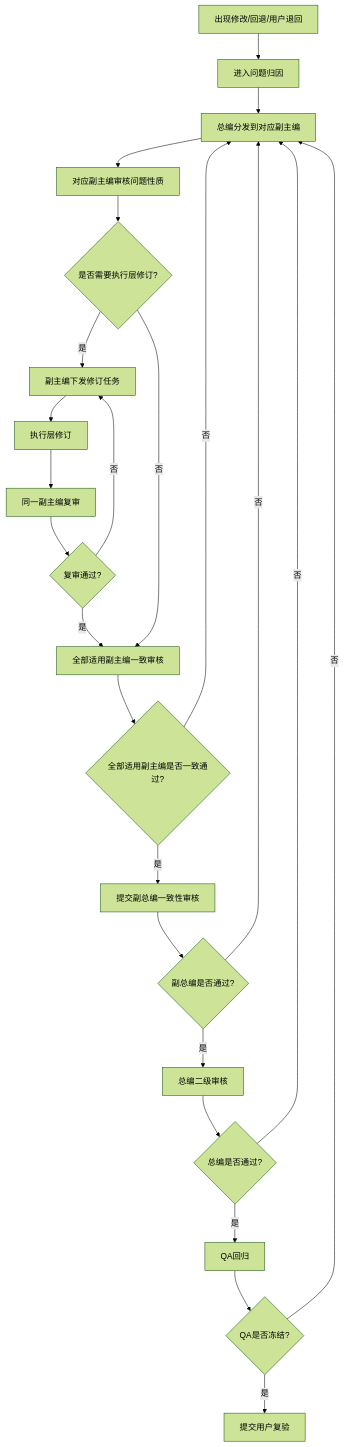
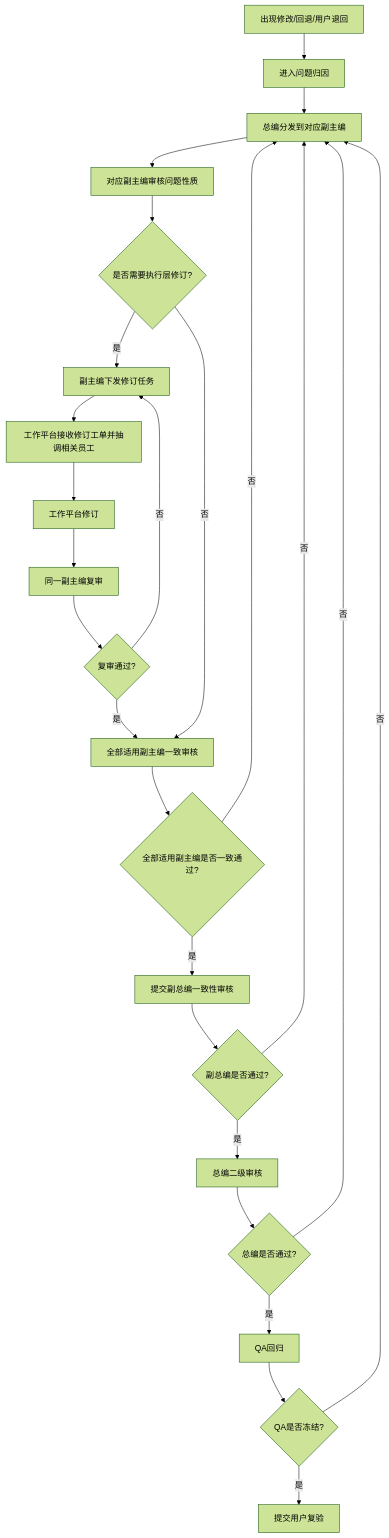
The second of 2 diagrams in references/19-approved-production-flow.md (AristoXin/presentation-system), drawn with Mermaid (forest theme) before and after one commit. The commit also changed other lines of this file and 35 other files, not shown here.

````diff
--- a/references/19-approved-production-flow.md
+++ b/references/19-approved-production-flow.md
@@ -92,31 +138,32 @@
 ```mermaid
 flowchart TD
     A["出现修改/回退/用户退回"] --> B["进入问题归因"]
     B --> C["总编分发到对应副主编"]
     C --> D["对应副主编审核问题性质"]
     D --> E{"是否需要执行层修订?"}
 
     E -- "是" --> F["副主编下发修订任务"]
-    F --> G["执行层修订"]
+    F --> F1["工作平台接收修订工单并抽调相关员工"]
+    F1 --> G["工作平台修订"]
     G --> H["同一副主编复审"]
     H --> I{"复审通过?"}
     I -- "否" --> F
     I -- "是" --> I2["全部适用副主编一致审核"]
     I2 --> I3{"全部适用副主编是否一致通过?"}
     I3 -- "否" --> C
     I3 -- "是" --> J["提交副总编一致性审核"]
 
     E -- "否" --> I2
 
     J --> K{"副总编是否通过?"}
     K -- "否" --> C
     K -- "是" --> L["总编二级审核"]
 
     L --> M{"总编是否通过?"}
     M -- "否" --> C
     M -- "是" --> N["QA回归"]
 
     N --> O{"QA是否冻结?"}
     O -- "否" --> C
     O -- "是" --> P["提交用户复验"]
 ```
````
